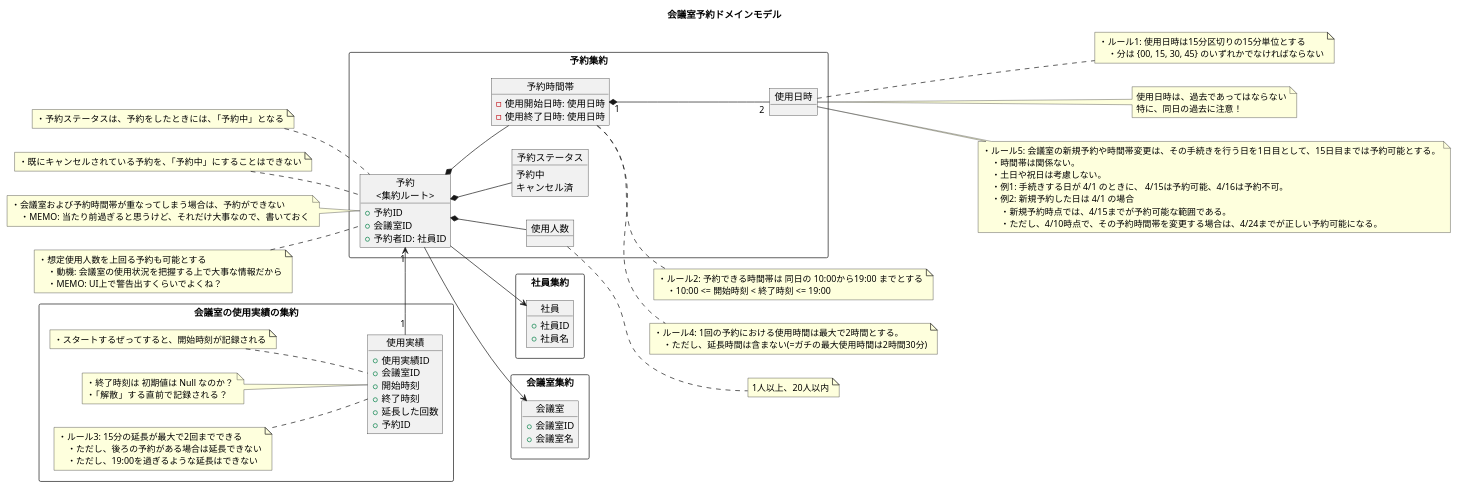
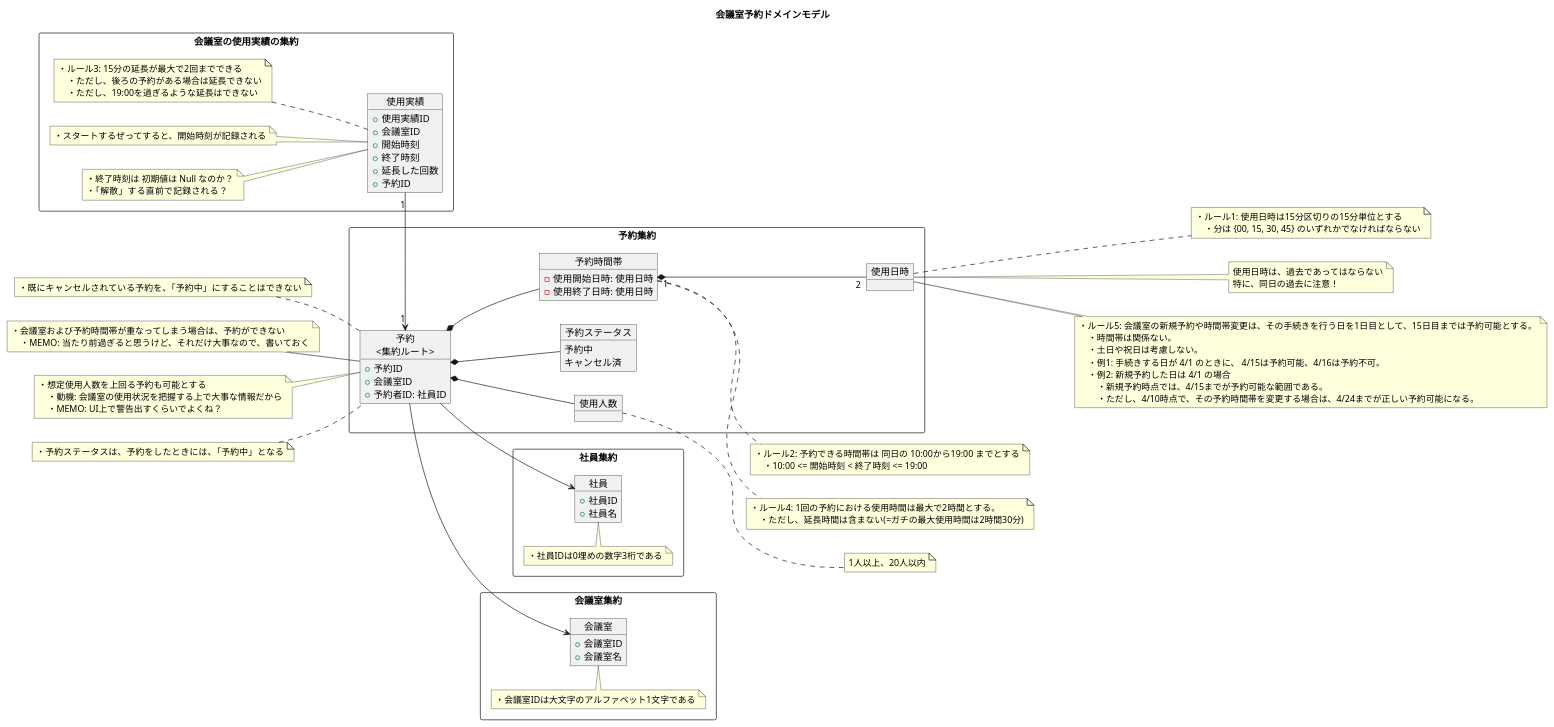
The diagram in diagram/ドメインモデル.puml (ModelingKai/meeting-room-python), drawn with PlantUML before and after one commit. The commit also changed 1 other file, not shown here.

Commit message:
ドメインモデルをコードに合わせて更新。そろそろ、ソースコードと図の乖離しやすさが気になってきた

```diff
--- a/diagram/ドメインモデル.puml
+++ b/diagram/ドメインモデル.puml
@@ -1,147 +1,154 @@
 @startuml
 
 title 会議室予約ドメインモデル
 
 left to right direction
 
 rectangle 社員集約 {
     object 社員 {
         + 社員ID
         + 社員名
     }
+    note top of 社員
+    ・社員IDは0埋めの数字3桁である
+    end note
 }
 
 rectangle 予約集約 {
     object "予約\n<集約ルート>" as c1 {
         + 予約ID
         + 会議室ID
         + 予約者ID: 社員ID
     }
 
     object 予約ステータス {
         予約中
         キャンセル済
     }
 
     object 使用人数 {
     }
 
     object 予約時間帯 {
         - 使用開始日時: 使用日時
         - 使用終了日時: 使用日時
     }
 
 
     object 使用日時 {
     }
 }
 
 
 rectangle 会議室の使用実績の集約 {
     object "使用実績"  as c2{
         + 使用実績ID
         + 会議室ID
         + 開始時刻
         + 終了時刻
         + 延長した回数
 
         + 予約ID
     }
 
     note left of c2
     ・スタートするぜってすると、開始時刻が記録される
     end note
 
     note left of c2
     ・終了時刻は 初期値は Null なのか？
     ・「解散」する直前で記録される？
     end note
 
     note left of c2
     ・ルール3: 15分の延長が最大で2回までできる
         ・ただし、後ろの予約がある場合は延長できない
         ・ただし、19:00を過ぎるような延長はできない
     end note
 
     c2 "1" -right-> "1" c1
 
 }
 
 rectangle 会議室集約 {
     object 会議室 {
         + 会議室ID
         + 会議室名
     }
+    note top of 会議室
+    ・会議室IDは大文字のアルファベット1文字である
+    end note
+
 }
 
 
 c1 --> 会議室
 c1 --> 社員
 c1 *-- 使用人数
 c1 *-- 予約時間帯
 c1 *-- 予約ステータス
 予約時間帯 "1" *-- "2" 使用日時
 
 
 ' ===== 予約 =====
 note left of c1
 ・予約ステータスは、予約をしたときには、「予約中」となる
 end note
 
 note left of c1
 ・既にキャンセルされている予約を、「予約中」にすることはできない
 end note
 
 
 note left of c1
 ・会議室および予約時間帯が重なってしまう場合は、予約ができない
     ・MEMO: 当たり前過ぎると思うけど、それだけ大事なので、書いておく
 end note
 
 note left of c1
 ・想定使用人数を上回る予約も可能とする
     ・動機: 会議室の使用状況を把握する上で大事な情報だから
     ・MEMO: UI上で警告出すくらいでよくね？
 end note
 
 
 
 ' ===== 予約時間帯 =====
 note right of 予約時間帯
 ・ルール2: 予約できる時間帯は 同日の 10:00から19:00 までとする
     ・10:00 <= 開始時刻 < 終了時刻 <= 19:00
 end note
 
 
 note right of 予約時間帯
 ・ルール4: 1回の予約における使用時間は最大で2時間とする。
     ・ただし、延長時間は含まない(=ガチの最大使用時間は2時間30分)
 end note
 
 
 ' ===== 使用日時 =====
 note right of 使用日時
 ・ルール1: 使用日時は15分区切りの15分単位とする
     ・分は {00, 15, 30, 45} のいずれかでなければならない
 end note
 
 note right of 使用日時
 使用日時は、過去であってはならない
 特に、同日の過去に注意！
 end note
 
 note right of 使用日時
 ・ルール5: 会議室の新規予約や時間帯変更は、その手続きを行う日を1日目として、15日目までは予約可能とする。
     ・時間帯は関係ない。
     ・土日や祝日は考慮しない。
     ・例1: 手続きする日が 4/1 のときに、 4/15は予約可能、4/16は予約不可。
     ・例2: 新規予約した日は 4/1 の場合
         ・新規予約時点では、4/15までが予約可能な範囲である。
         ・ただし、4/10時点で、その予約時間帯を変更する場合は、4/24までが正しい予約可能になる。
 end note
 
 note right of 使用人数
 1人以上、20人以内
 end note
 
 @enduml
```
